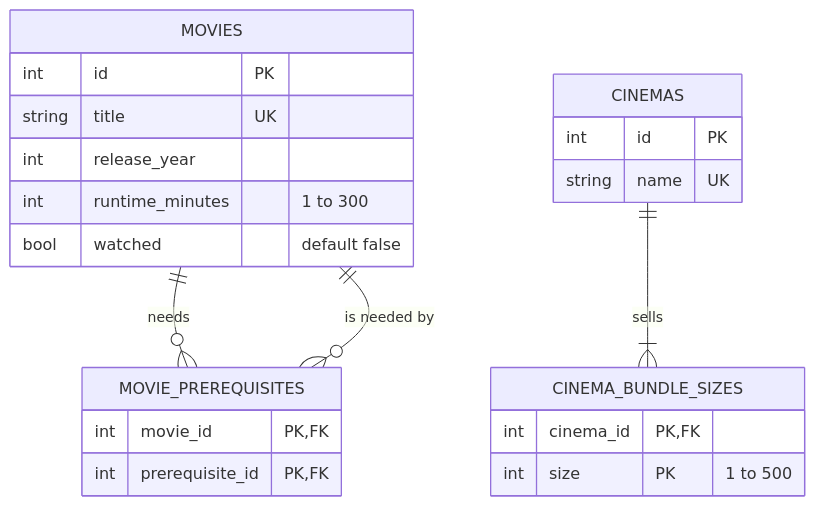
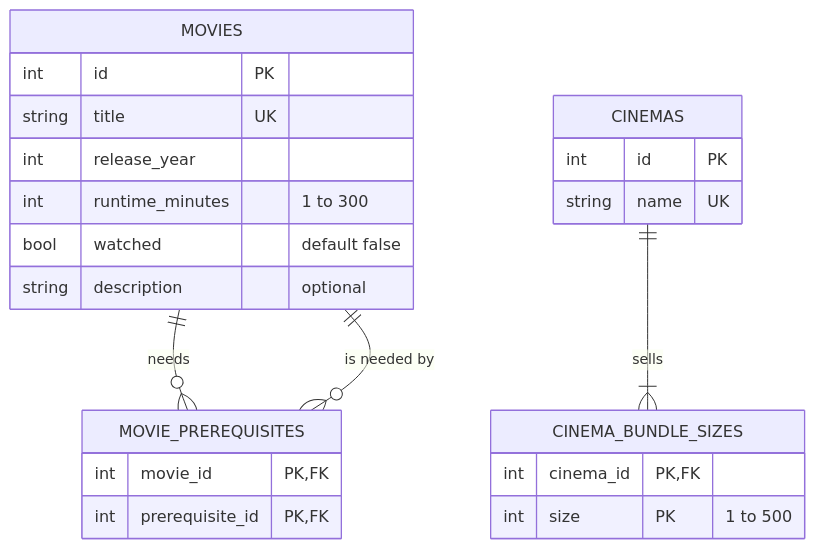
The diagram in README.md (ShArafat58/doomsday-ready), drawn with Mermaid before and after one commit. The commit also changed other lines of this file, not shown here.

````diff
--- a/README.md
+++ b/README.md
@@ -81,25 +144,27 @@
 ```mermaid
 erDiagram
     MOVIES ||--o{ MOVIE_PREREQUISITES : "needs"
     MOVIES ||--o{ MOVIE_PREREQUISITES : "is needed by"
     CINEMAS ||--|{ CINEMA_BUNDLE_SIZES : "sells"
+
     MOVIES {
         int id PK
         string title UK
         int release_year
         int runtime_minutes "1 to 300"
         bool watched "default false"
+        string description "optional"
     }
     MOVIE_PREREQUISITES {
         int movie_id PK, FK
         int prerequisite_id PK, FK
     }
     CINEMAS {
         int id PK
         string name UK
     }
     CINEMA_BUNDLE_SIZES {
         int cinema_id PK, FK
         int size PK "1 to 500"
     }
 ```
````
